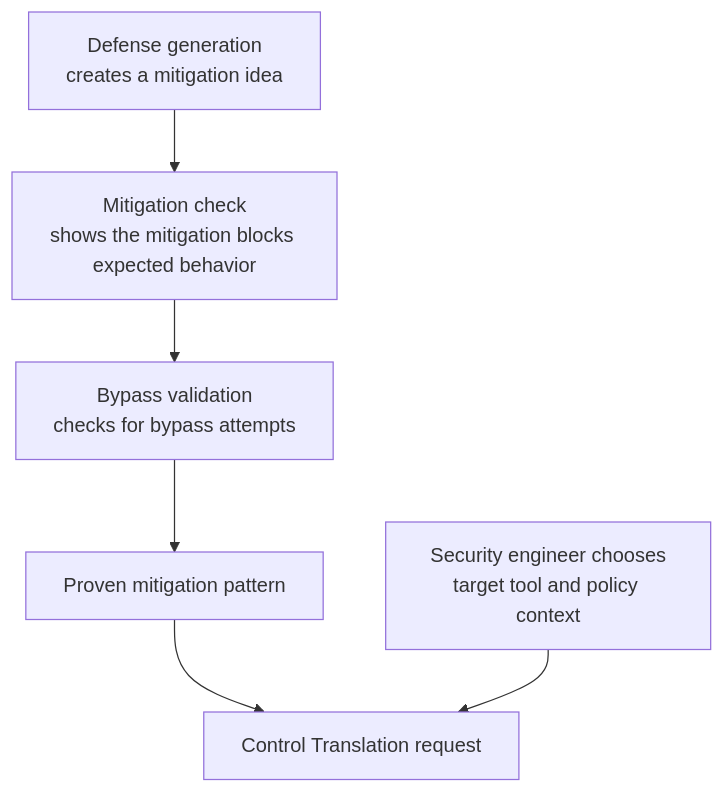
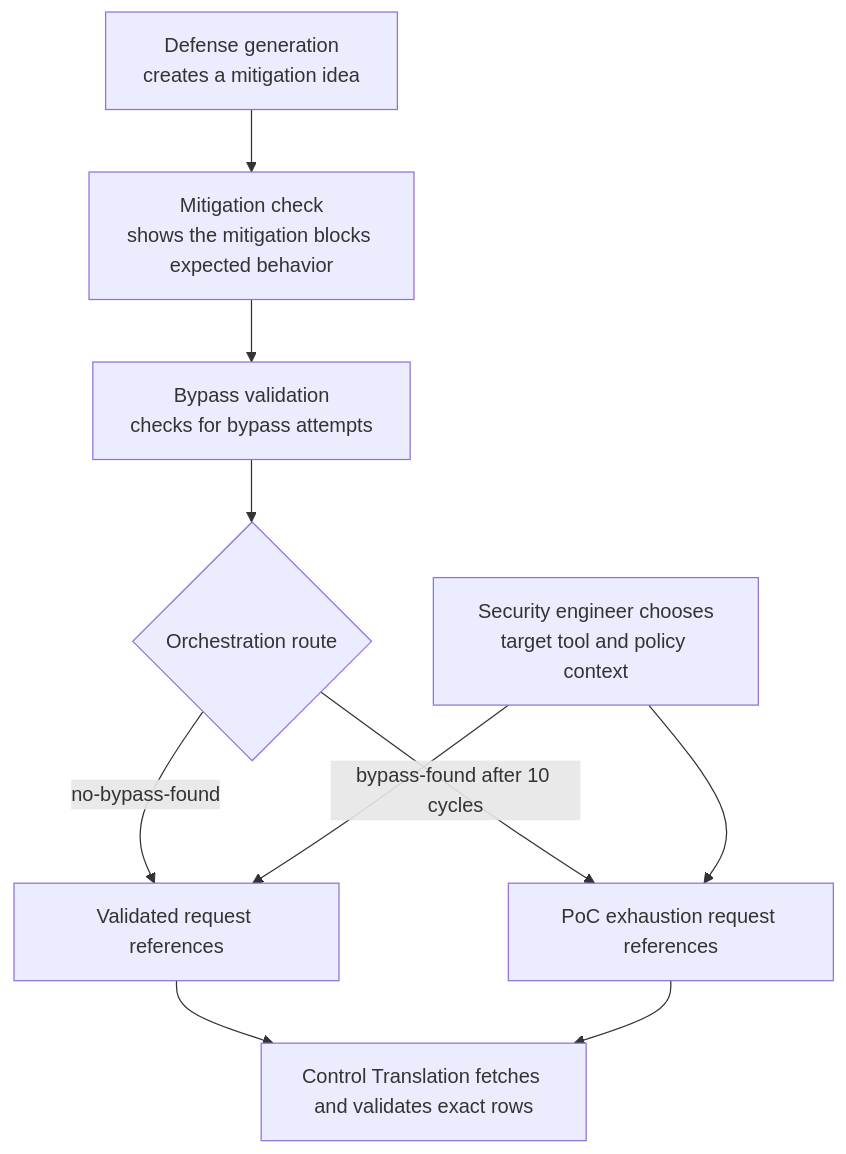
The second of 4 diagrams in docs/TEAM-DEMO-GUIDE.md (tuknil/test-ctl), drawn with Mermaid before and after one commit. The commit also changed other lines of this file and 44 other files, not shown here.

````diff
--- a/docs/TEAM-DEMO-GUIDE.md
+++ b/docs/TEAM-DEMO-GUIDE.md
@@ -44,8 +48,12 @@
 ```mermaid
 flowchart TD
     A[Defense generation\ncreates a mitigation idea] --> B[Mitigation check\nshows the mitigation blocks expected behavior]
     B --> C[Bypass validation\nchecks for bypass attempts]
-    C --> D[Proven mitigation pattern]
-    D --> E[Control Translation request]
+    C --> D{Orchestration route}
+    D -- no-bypass-found --> E[Validated request references]
+    D -- bypass-found after 10 cycles --> G[PoC exhaustion request references]
+    E --> H[Control Translation fetches and validates exact rows]
+    G --> H
     F[Security engineer chooses\ntarget tool and policy context] --> E
+    F --> G
 ```
````
